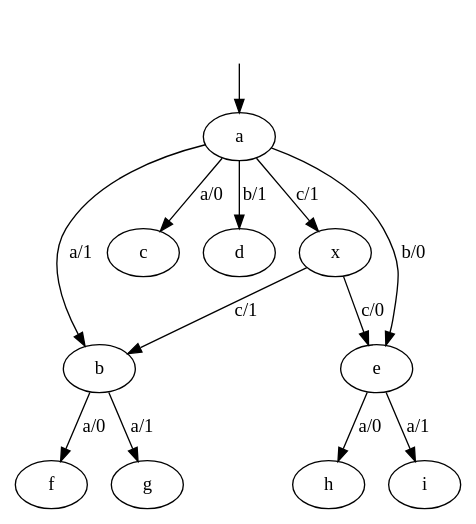
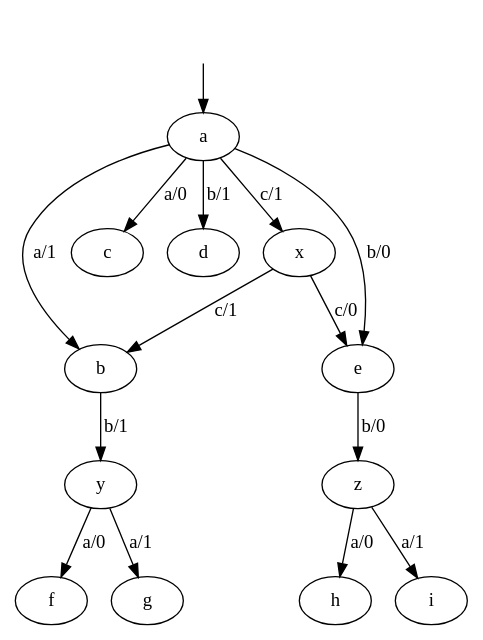
The diagram in dot-files/test-machine/combined/test-machine.dot (GianniM123/FFSM_fingerprint), drawn with Graphviz before and after one commit. The commit also changed 7 other files, not shown here.

```diff
--- a/dot-files/test-machine/combined/test-machine.dot
+++ b/dot-files/test-machine/combined/test-machine.dot
@@ -1,53 +1,59 @@
 digraph "" {
 	graph [configurations="A|B|C|D"];
 	node [label="\N"];
 	__start0	[feature=True,
 		label="",
 		shape=none];
 	a	[feature=True];
 	__start0 -> a	[key=0];
 	b	[feature="A|B"];
     c	[feature="C|D"];
     d	[feature="A|B"];
 	e	[feature="C|D"];
 
 	f	[feature="A"];
 	g	[feature="B"];	
 
 	h	[feature="C"];
 	i	[feature="D"];	
 
+	y	[feature="A|B"];
+	z	[feature="C|D"];
+
     a -> b	[feature="A|B",
 		label="a/1"];
     a -> c	[feature="C|D",
 		label="a/0"];
 
 	a -> d	[feature="A|B",
 		label="b/1"];
     a -> e	[feature="C|D",
 		label="b/0"];
 	
 	// a -> b	[feature="A|B",
 	// 	label="c/1"];
     // a -> e	[feature="C|D",
 	// 	label="c/0"];
-
-	b -> f [feature="A",
+	b -> y	[feature="A|B",
+		label="b/1"];
+	y -> f [feature="A",
 		label="a/0"];
-	b -> g [feature="B",
+	y -> g [feature="B",
 		label="a/1"];
 	
-	e -> h [feature="C",
+	e -> z	[feature="C|D",
+	label="b/0"];
+	z -> h [feature="C",
 		label="a/0"];
-	e -> i [feature="D",
+	z -> i [feature="D",
 		label="a/1"];
 
 	x [feature="A|B|C|D"]
 	a -> x  [feature="A|B|C|D",
 		label="c/1"];
 
 	x -> b	[feature="A|B",
 		label="c/1"];
     x -> e	[feature="C|D",
 		label="c/0"];
 }
```
